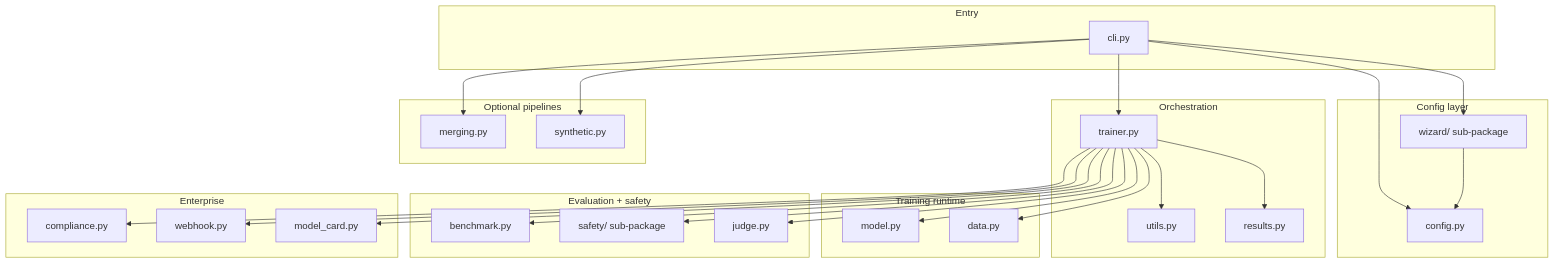
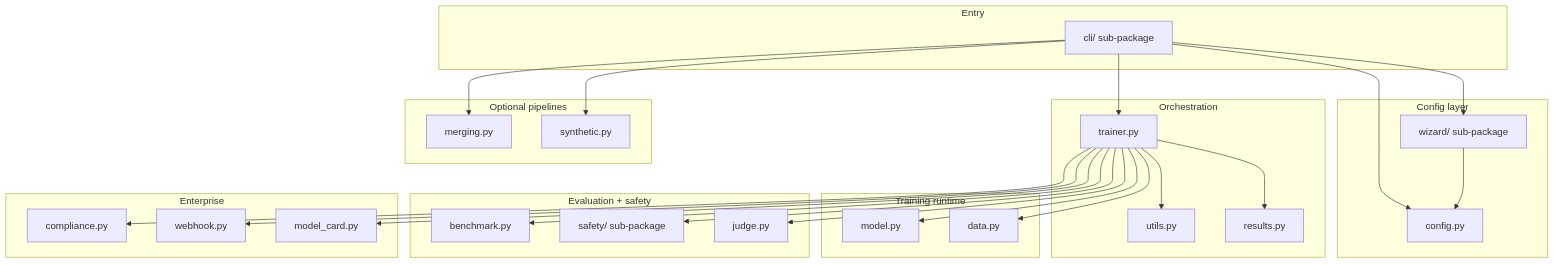
The diagram in docs/standards/architecture.md (HodeTech/ForgeLM), drawn with Mermaid before and after one commit. The commit also changed other lines of this file and 20 other files, not shown here.

````diff
--- a/docs/standards/architecture.md
+++ b/docs/standards/architecture.md
@@ -14,56 +14,56 @@
 ```mermaid
 graph TB
     subgraph Entry["Entry"]
-        CLI[cli.py]
+        CLI[cli/ sub-package]
     end
 
     subgraph Config["Config layer"]
         CONFIG[config.py]
         WIZARD[wizard/ sub-package]
     end
 
     subgraph Orch["Orchestration"]
         TRAINER[trainer.py]
         UTILS[utils.py]
         RESULTS[results.py]
     end
 
     subgraph Runtime["Training runtime"]
         MODEL[model.py]
         DATA[data.py]
     end
 
     subgraph Quality["Evaluation + safety"]
         BENCH[benchmark.py]
         SAFETY[safety/ sub-package]
         JUDGE[judge.py]
     end
 
     subgraph Enterprise["Enterprise"]
         COMPLIANCE[compliance.py]
         WEBHOOK[webhook.py]
         CARD[model_card.py]
     end
 
     subgraph Extras["Optional pipelines"]
         MERGE[merging.py]
         SYNTH[synthetic.py]
     end
 
     CLI --> CONFIG
     CLI --> WIZARD
     CLI --> TRAINER
     WIZARD --> CONFIG
     TRAINER --> MODEL
     TRAINER --> DATA
     TRAINER --> BENCH
     TRAINER --> SAFETY
     TRAINER --> JUDGE
     TRAINER --> COMPLIANCE
     TRAINER --> WEBHOOK
     TRAINER --> CARD
     TRAINER --> UTILS
     TRAINER --> RESULTS
     CLI --> MERGE
     CLI --> SYNTH
 ```
````
